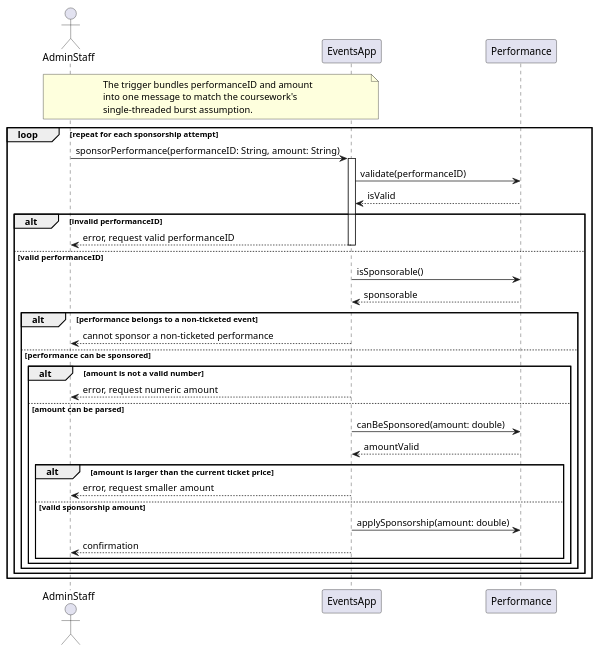
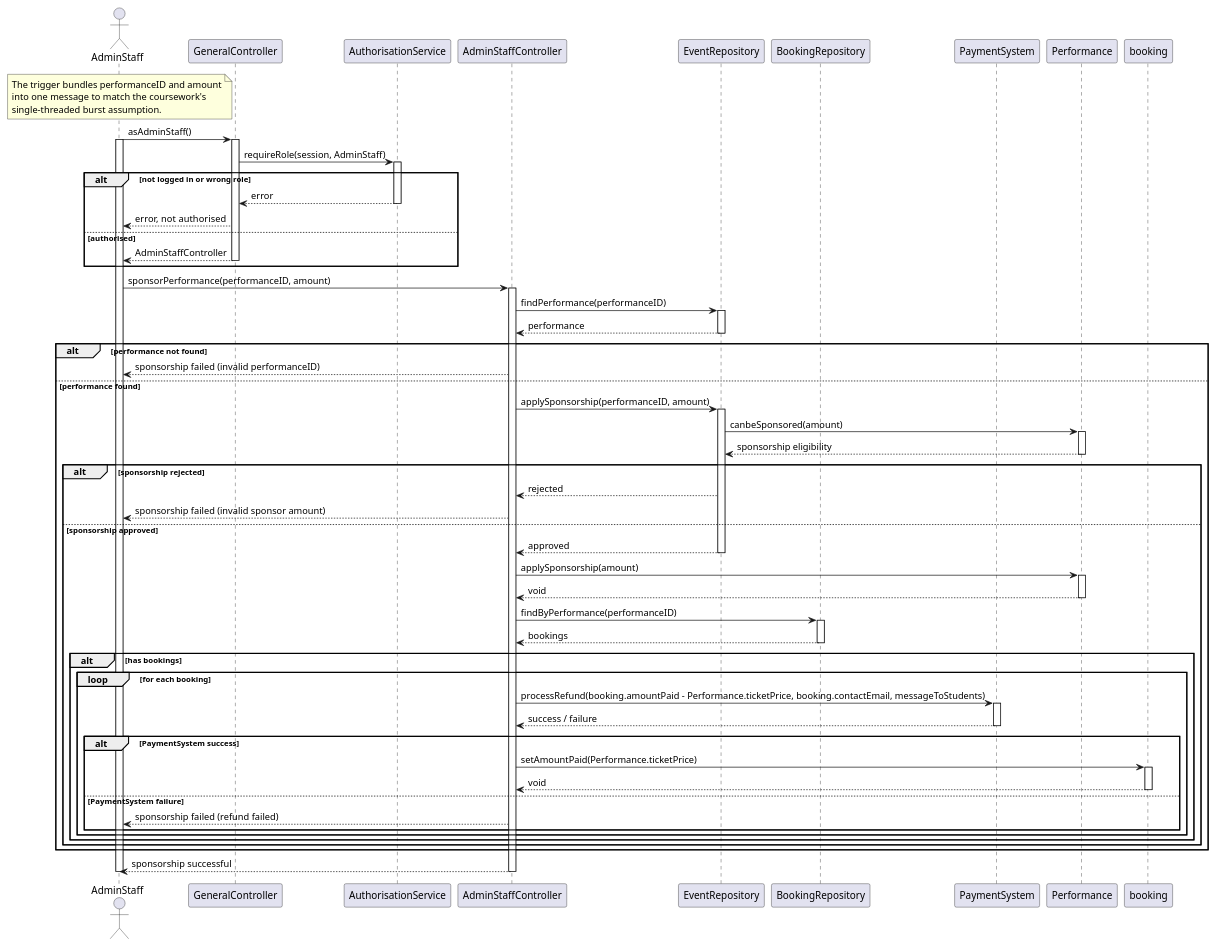
One commit to Kingjinsight/CourseWork changed the diagram in CW2/Task4_sponsor_performance.puml. Above: the diagram before and after it, drawn with PlantUML. The commit also changed 1 other file, not shown here.

Commit message:
Task 4 Sponsor Performance (#37)

```diff
--- a/CW2/Task4_sponsor_performance.puml
+++ b/CW2/Task4_sponsor_performance.puml
@@ -1,55 +1,89 @@
 @startuml Sponsor Performance
 
 actor AdminStaff
-participant EventsApp
+participant GeneralController
+participant AuthorisationService
+participant AdminStaffController
+participant EventRepository
+participant BookingRepository
+participant PaymentSystem
 participant Performance
 
-note over AdminStaff, EventsApp
+note over AdminStaff
 The trigger bundles performanceID and amount
 into one message to match the coursework's
 single-threaded burst assumption.
 end note
 
-loop repeat for each sponsorship attempt
-    AdminStaff -> EventsApp: sponsorPerformance(performanceID: String, amount: String)
-    activate EventsApp
+AdminStaff -> GeneralController: asAdminStaff()
+activate AdminStaff
+activate GeneralController
+GeneralController -> AuthorisationService: requireRole(session, AdminStaff)
 
-    EventsApp -> Performance: validate(performanceID)
-    Performance --> EventsApp: isValid
+alt not logged in or wrong role
+    activate AuthorisationService
+    AuthorisationService --> GeneralController: error
+    deactivate AuthorisationService
+    GeneralController --> AdminStaff: error, not authorised
+else authorised
+    GeneralController --> AdminStaff: AdminStaffController
+    deactivate GeneralController
+end
 
-    alt invalid performanceID
-        EventsApp --> AdminStaff: error, request valid performanceID
-        deactivate EventsApp
+AdminStaff -> AdminStaffController: sponsorPerformance(performanceID, amount)
+activate AdminStaffController
 
-    else valid performanceID
-        EventsApp -> Performance: isSponsorable()
-        Performance --> EventsApp: sponsorable
 
-        alt performance belongs to a non-ticketed event
-            EventsApp --> AdminStaff: cannot sponsor a non-ticketed performance
-            deactivate EventsApp
+AdminStaffController -> EventRepository: findPerformance(performanceID)
+activate EventRepository
+EventRepository --> AdminStaffController: performance
+deactivate EventRepository
 
-        else performance can be sponsored
-            alt amount is not a valid number
-                EventsApp --> AdminStaff: error, request numeric amount
-                deactivate EventsApp
+alt performance not found
+    AdminStaffController --> AdminStaff: sponsorship failed (invalid performanceID)
+else performance found
+    AdminStaffController -> EventRepository: applySponsorship(performanceID, amount)
+    activate EventRepository
+    EventRepository -> Performance: canbeSponsored(amount)
+    activate Performance
+    Performance --> EventRepository: sponsorship eligibility
+    deactivate Performance
 
-            else amount can be parsed
-                EventsApp -> Performance: canBeSponsored(amount: double)
-                Performance --> EventsApp: amountValid
-
-                alt amount is larger than the current ticket price
-                    EventsApp --> AdminStaff: error, request smaller amount
-                    deactivate EventsApp
-
-                else valid sponsorship amount
-                    EventsApp -> Performance: applySponsorship(amount: double)
-                    EventsApp --> AdminStaff: confirmation
-                    deactivate EventsApp
+    alt sponsorship rejected
+        EventRepository --> AdminStaffController: rejected
+        AdminStaffController --> AdminStaff: sponsorship failed (invalid sponsor amount)
+    else sponsorship approved
+        EventRepository --> AdminStaffController: approved
+        deactivate EventRepository
+        AdminStaffController -> Performance: applySponsorship(amount)
+        activate Performance
+        Performance --> AdminStaffController: void
+        deactivate Performance
+        AdminStaffController -> BookingRepository: findByPerformance(performanceID)
+        activate BookingRepository
+        BookingRepository --> AdminStaffController: bookings
+        deactivate BookingRepository
+        alt has bookings
+            loop for each booking
+                AdminStaffController -> PaymentSystem: processRefund(booking.amountPaid - Performance.ticketPrice, booking.contactEmail, messageToStudents)
+                activate PaymentSystem
+                PaymentSystem --> AdminStaffController: success / failure
+                deactivate PaymentSystem
+                alt PaymentSystem success
+                    AdminStaffController-> booking: setAmountPaid(Performance.ticketPrice)
+                    activate booking
+                    booking --> AdminStaffController: void
+                    deactivate booking
+                else PaymentSystem failure
+                    AdminStaffController --> AdminStaff: sponsorship failed (refund failed)
                 end
             end
         end
-    end
+    end   
 end
 
+AdminStaffController --> AdminStaff: sponsorship successful
+deactivate AdminStaffController
+deactivate AdminStaff
+
 @enduml
```
